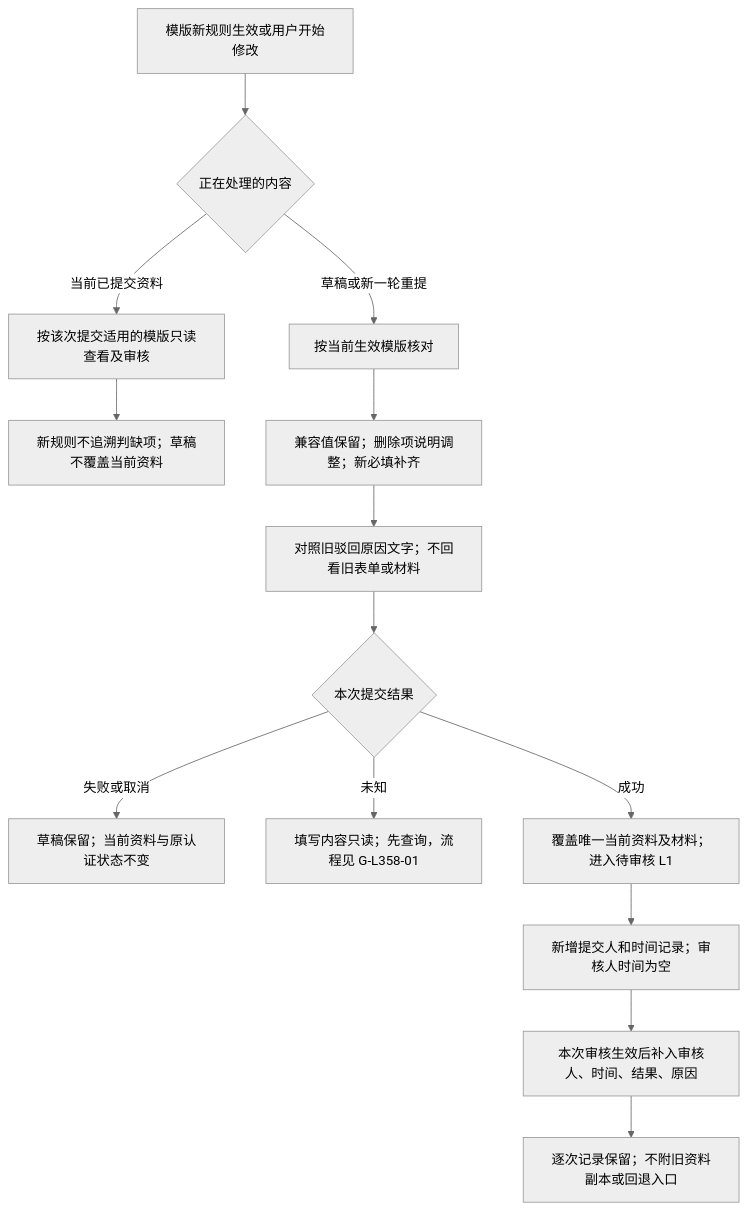
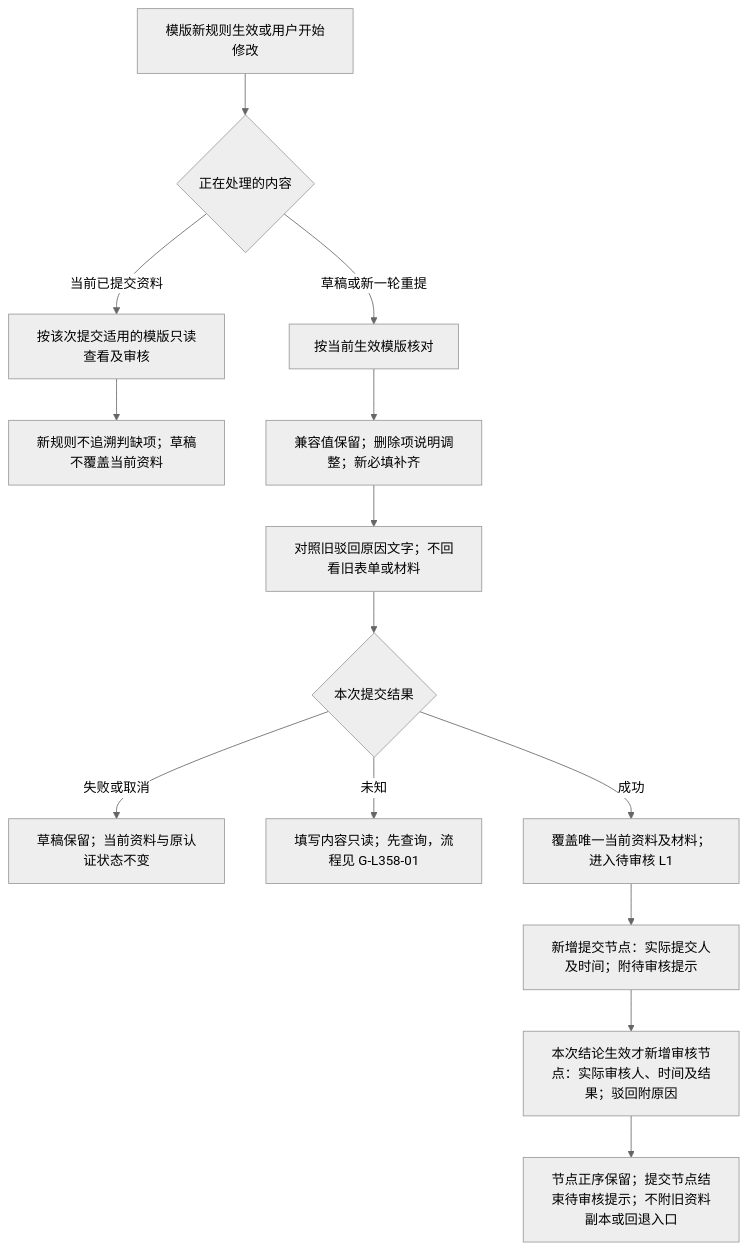
Before and after one commit to wxblockchain/Chain-Financing: the fifth of 6 diagrams in lending-platform/PRD/v2.0-资金方机构认证审核/资金方机构认证审核-流程图与状态机.md, drawn with Mermaid (neutral theme). The commit also changed other lines of this file and 1 other file, not shown here.

Commit message:
docs(WS-358): align submission and review timeline in V2.4

````diff
--- a/lending-platform/PRD/v2.0-资金方机构认证审核/资金方机构认证审核-流程图与状态机.md
+++ b/lending-platform/PRD/v2.0-资金方机构认证审核/资金方机构认证审核-流程图与状态机.md
@@ -163,16 +163,16 @@
 ```mermaid
 flowchart TD
     A[模版新规则生效或用户开始修改] --> B{正在处理的内容}
     B -->|当前已提交资料| C[按该次提交适用的模版只读查看及审核]
     C --> D[新规则不追溯判缺项；草稿不覆盖当前资料]
     B -->|草稿或新一轮重提| E[按当前生效模版核对]
     E --> F[兼容值保留；删除项说明调整；新必填补齐]
     F --> G[对照旧驳回原因文字；不回看旧表单或材料]
     G --> H{本次提交结果}
     H -->|失败或取消| I[草稿保留；当前资料与原认证状态不变]
     H -->|未知| U[填写内容只读；先查询，流程见 G-L358-01]
     H -->|成功| J[覆盖唯一当前资料及材料；进入待审核 L1]
-    J --> K[新增提交人和时间记录；审核人时间为空]
-    K --> L[本次审核生效后补入审核人、时间、结果、原因]
-    L --> M[逐次记录保留；不附旧资料副本或回退入口]
+    J --> K[新增提交节点：实际提交人及时间；附待审核提示]
+    K --> L[本次结论生效才新增审核节点：实际审核人、时间及结果；驳回附原因]
+    L --> M[节点正序保留；提交节点结束待审核提示；不附旧资料副本或回退入口]
 ```
````
